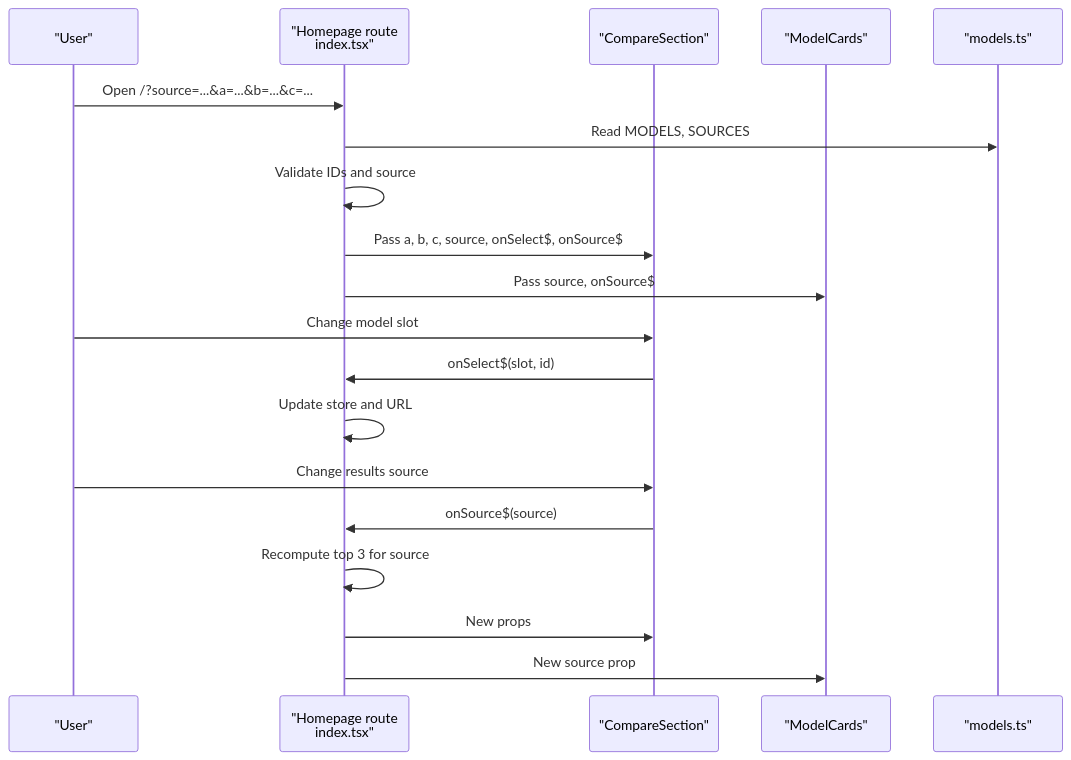
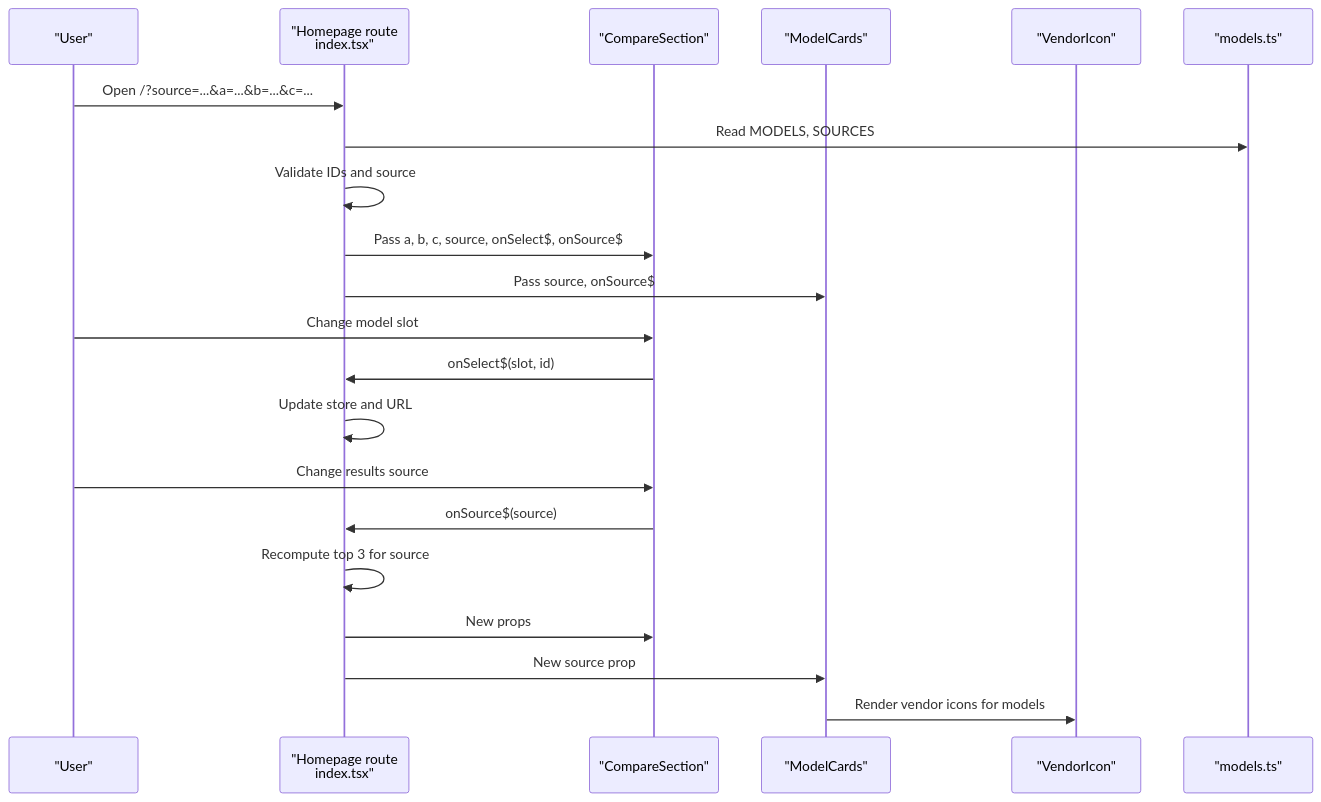
The second of 5 diagrams in .qoder/repowiki/en/content/User Interface Components/User Interface Components.md (delirium-dj/modelcomp), drawn with Mermaid before and after one commit. The commit also changed other lines of this file and 141 other files, not shown here.

````diff
--- a/.qoder/repowiki/en/content/User Interface Components/User Interface Components.md
+++ b/.qoder/repowiki/en/content/User Interface Components/User Interface Components.md
@@ -84,21 +97,23 @@
 ```mermaid
 sequenceDiagram
 participant User as "User"
 participant Route as "Homepage route<br/>index.tsx"
 participant Compare as "CompareSection"
 participant Cards as "ModelCards"
+participant Vendor as "VendorIcon"
 participant Data as "models.ts"
 User->>Route : Open /?source=...&a=...&b=...&c=...
 Route->>Data : Read MODELS, SOURCES
 Route->>Route : Validate IDs and source
 Route->>Compare : Pass a, b, c, source, onSelect$, onSource$
 Route->>Cards : Pass source, onSource$
 User->>Compare : Change model slot
 Compare->>Route : onSelect$(slot, id)
 Route->>Route : Update store and URL
 User->>Compare : Change results source
 Compare->>Route : onSource$(source)
 Route->>Route : Recompute top 3 for source
 Route->>Compare : New props
 Route->>Cards : New source prop
+Cards->>Vendor : Render vendor icons for models
 ```
````
